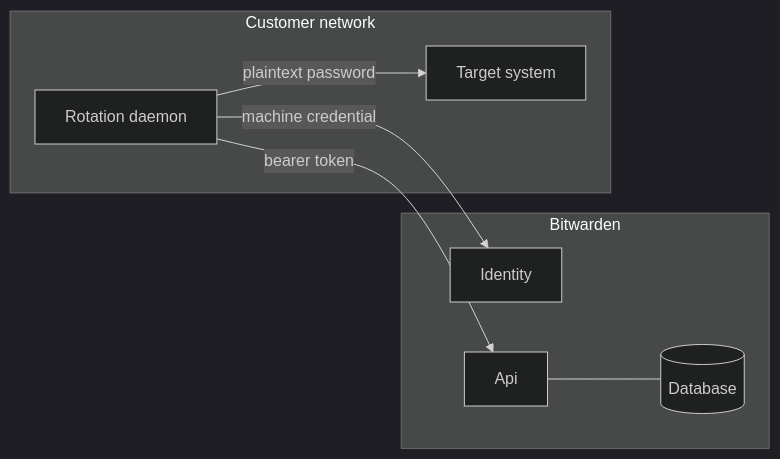
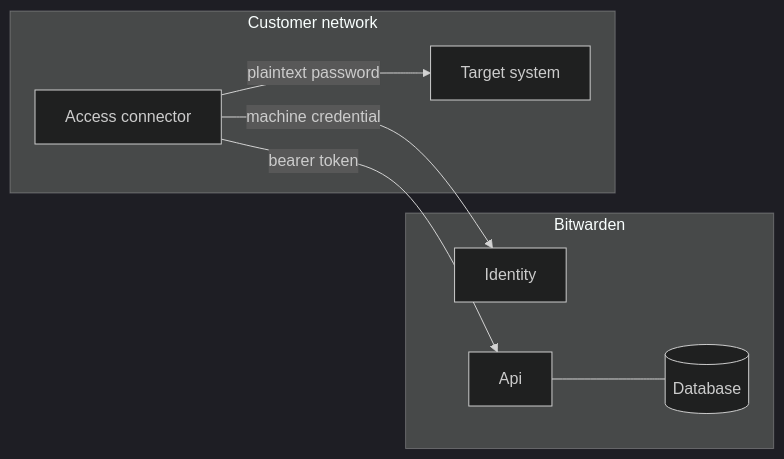
One commit to bitwarden/server changed the diagram in bitwarden_license/src/Services/Pam/AccessConnector/docs/security-model.md. Above: the diagram before and after it, drawn with Mermaid (dark theme). The commit also changed other lines of this file and 17 other files, not shown here.

````diff
--- a/bitwarden_license/src/Services/Pam/AccessConnector/docs/security-model.md
+++ b/bitwarden_license/src/Services/Pam/AccessConnector/docs/security-model.md
@@ -11,16 +11,16 @@
 ```mermaid
 flowchart LR
     subgraph Bitwarden
         Identity[Identity]
         Api[Api]
         Db[(Database)]
     end
     subgraph Customer network
-        Daemon[Rotation daemon]
+        Connector[Access connector]
         Target[Target system]
     end
-    Daemon -->|machine credential| Identity
-    Daemon -->|bearer token| Api
-    Daemon -->|plaintext password| Target
+    Connector -->|machine credential| Identity
+    Connector -->|bearer token| Api
+    Connector -->|plaintext password| Target
     Api --- Db
 ```
````
